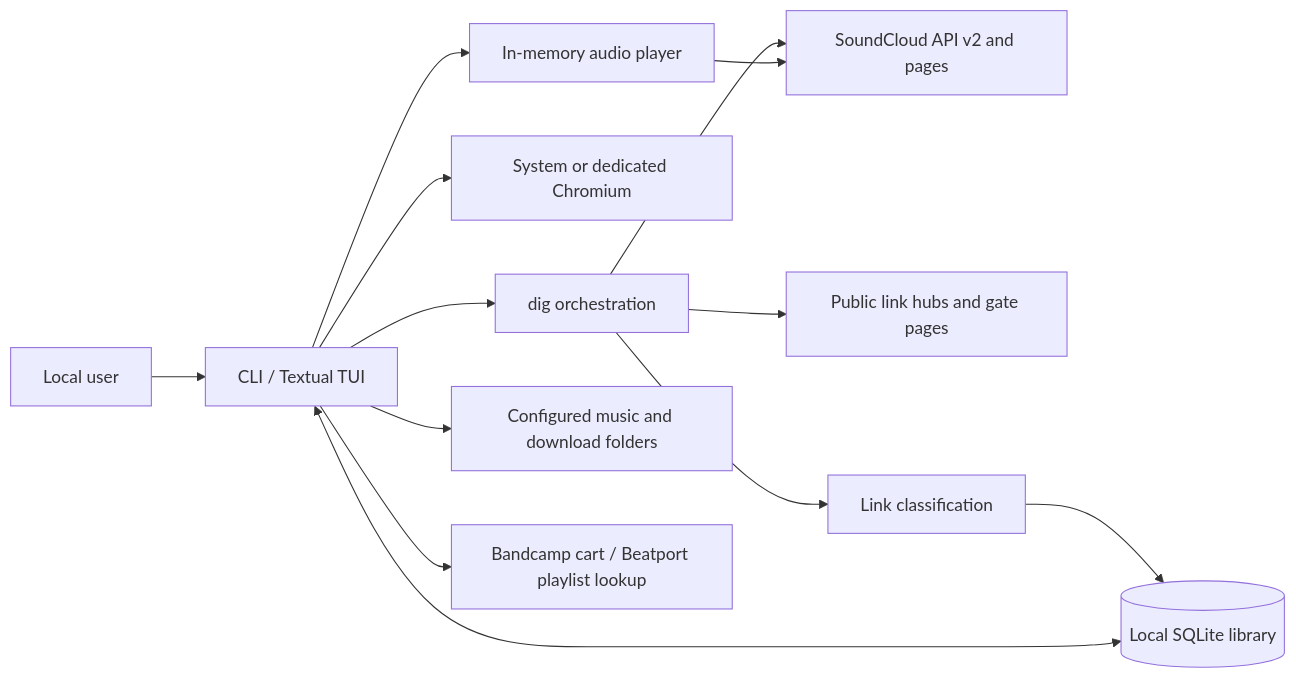
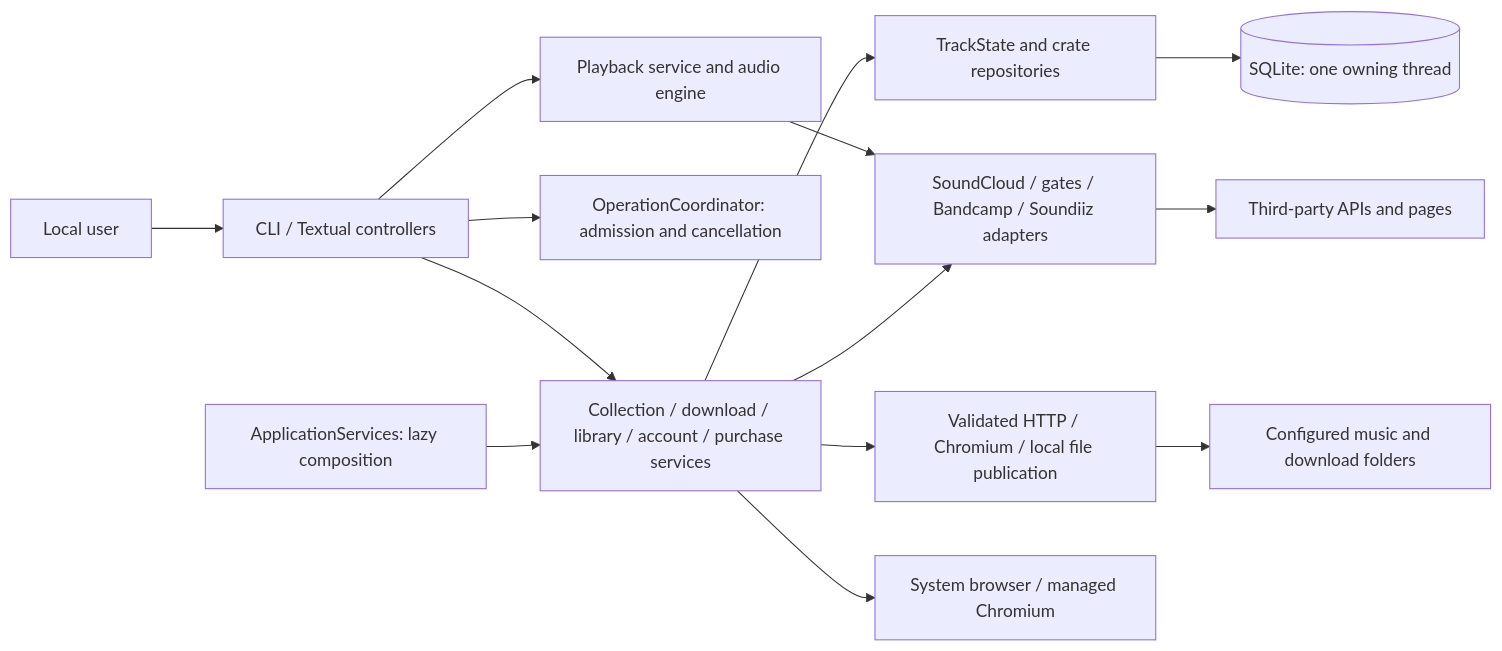
The diagram in PROJECT-SPECIFICATION.md (fbialogrecki/dj-digger), drawn with Mermaid before and after one commit. The commit also changed other lines of this file and 4 other files, not shown here.

Commit message:
Align specification and graph documentation with architecture refactor

````diff
--- a/PROJECT-SPECIFICATION.md
+++ b/PROJECT-SPECIFICATION.md
@@ -435,15 +435,16 @@
 ```mermaid
 flowchart LR
-    U[Local user] --> CLI[CLI / Textual TUI]
-    CLI --> DIG[dig orchestration]
-    DIG --> SC[SoundCloud API v2 and pages]
-    DIG --> HUB[Public link hubs and gate pages]
-    DIG --> LINK[Link classification]
-    LINK --> DB[(Local SQLite library)]
-    CLI <--> DB
-    CLI --> BROWSER[System or dedicated Chromium]
-    CLI --> PLAYER[In-memory audio player]
-    PLAYER --> SC
-    CLI --> FILES[Configured music and download folders]
-    CLI --> STORES[Bandcamp cart / Beatport playlist lookup]
+    U[Local user] --> CLI[CLI / Textual controllers]
+    ROOT[ApplicationServices: lazy composition] --> SERVICES[Collection / download / library / account / purchase services]
+    CLI --> SERVICES
+    CLI --> OPS[OperationCoordinator: admission and cancellation]
+    SERVICES --> ADAPTERS[SoundCloud / gates / Bandcamp / Soundiiz adapters]
+    ADAPTERS --> EXTERNAL[Third-party APIs and pages]
+    SERVICES --> STATE[TrackState and crate repositories]
+    STATE --> DB[(SQLite: one owning thread)]
+    SERVICES --> FILES[Validated HTTP / Chromium / local file publication]
+    FILES --> MUSIC[Configured music and download folders]
+    SERVICES --> BROWSER[System browser / managed Chromium]
+    CLI --> AUDIO[Playback service and audio engine]
+    AUDIO --> ADAPTERS
 ```
````
